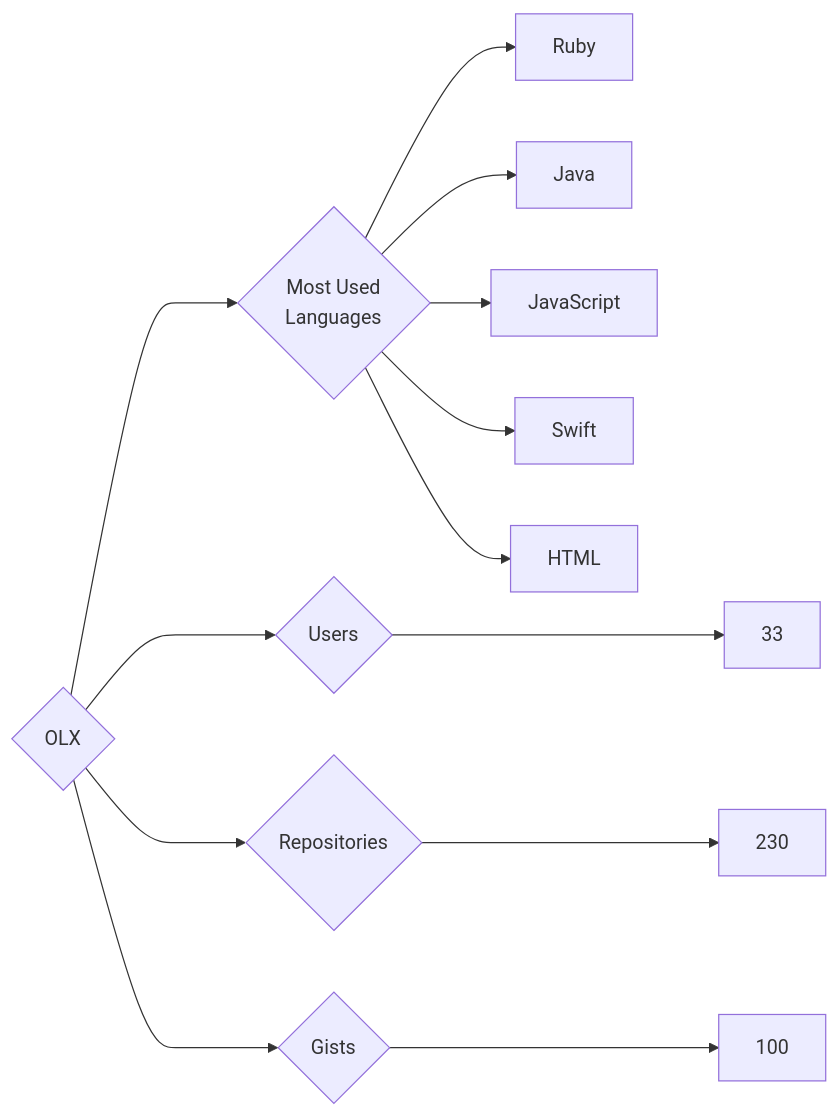
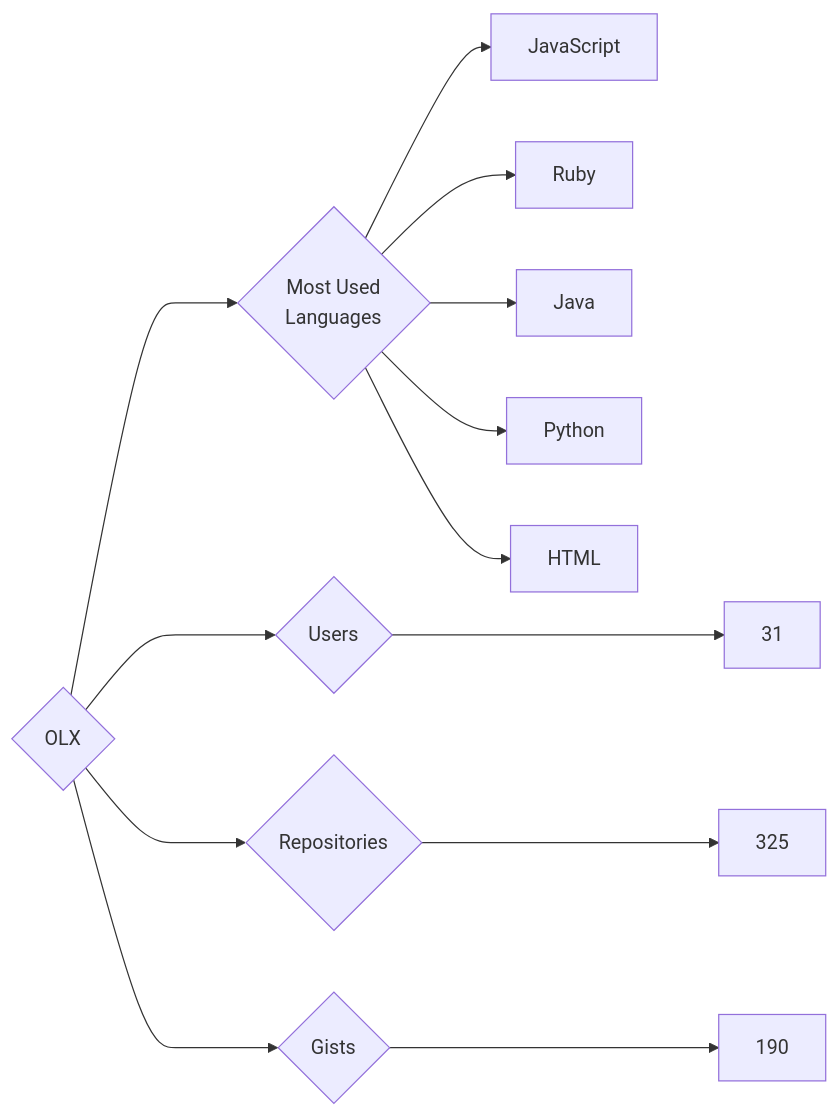
One commit to trickest/insiders changed the diagram in targets/OLX/README.md. Above: the diagram before and after it, drawn with Mermaid. The commit also changed 806 other files, not shown here.

````diff
--- a/targets/OLX/README.md
+++ b/targets/OLX/README.md
@@ -3,13 +3,13 @@
 ```mermaid
 graph LR
 COMPANY_NAME{OLX}
-COMPANY_NAME ---> U{Users} ---> UN[33]
-COMPANY_NAME ---> R{Repositories} ---> RN[230]
-COMPANY_NAME ---> G{Gists} ---> GN[100]
+COMPANY_NAME ---> U{Users} ---> UN[31]
+COMPANY_NAME ---> R{Repositories} ---> RN[325]
+COMPANY_NAME ---> G{Gists} ---> GN[190]
 COMPANY_NAME ---> ML{Most Used<br>Languages}
+ML --> JavaScript[JavaScript]
 ML --> Ruby[Ruby]
 ML --> Java[Java]
-ML --> JavaScript[JavaScript]
-ML --> Swift[Swift]
+ML --> Python[Python]
 ML --> HTML[HTML]
 ```
````
